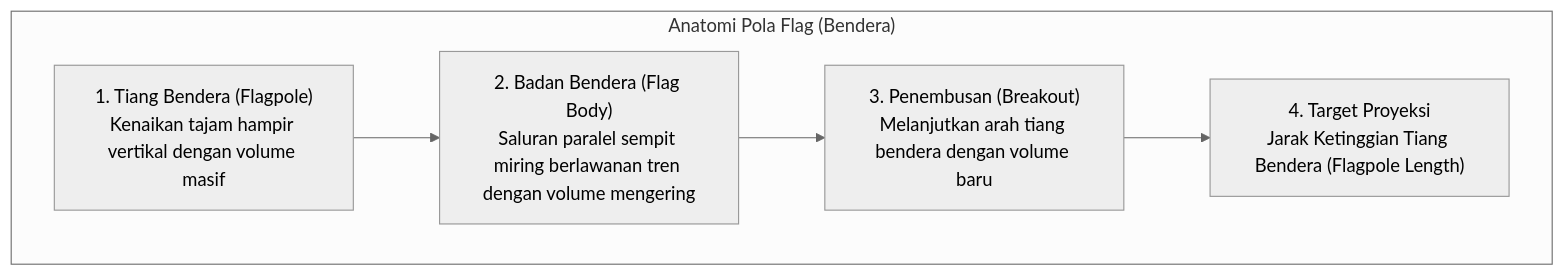
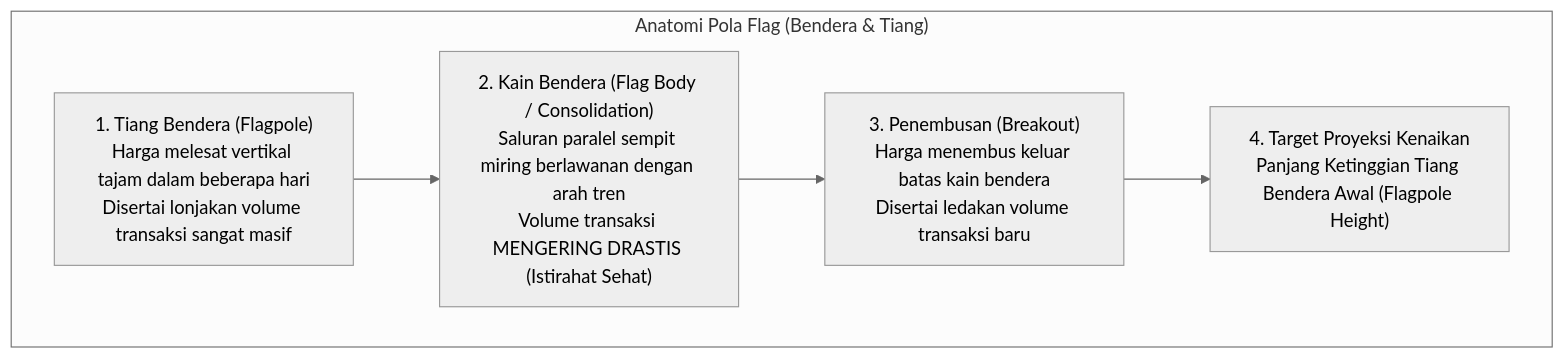
One commit to AlulCode45/Trading-Learning-Path changed the seventh of 9 diagrams in docs/edianto-ong/21-chart-patterns.md. Above: the diagram before and after it, drawn with Mermaid (neutral theme). The commit also changed other lines of this file and 29 other files, not shown here.

Commit message:
docs(edianto-ong): upgrade all 29 chapters with beginner analogies, diagrams, step-by-step guides, and case studies

````diff
--- a/docs/edianto-ong/21-chart-patterns.md
+++ b/docs/edianto-ong/21-chart-patterns.md
@@ -143,8 +190,14 @@
 ```mermaid
 flowchart TD
-    subgraph FlagStructure["Anatomi Pola Flag (Bendera)"]
-        Pole["1. Tiang Bendera (Flagpole)<br/>Kenaikan tajam hampir vertikal dengan volume masif"] --> Body["2. Badan Bendera (Flag Body)<br/>Saluran paralel sempit miring berlawanan tren dengan volume mengering"]
-        Body --> FBreak["3. Penembusan (Breakout)<br/>Melanjutkan arah tiang bendera dengan volume baru"]
-        FBreak --> Target["4. Target Proyeksi<br/>Jarak Ketinggian Tiang Bendera (Flagpole Length)"]
+    subgraph FlagStructure["Anatomi Pola Flag (Bendera & Tiang)"]
+        Pole["1. Tiang Bendera (Flagpole)<br/>Harga melesat vertikal tajam dalam beberapa hari<br/>Disertai lonjakan volume transaksi sangat masif"]
+        
+        Body["2. Kain Bendera (Flag Body / Consolidation)<br/>Saluran paralel sempit miring berlawanan dengan arah tren<br/>Volume transaksi MENGERING DRASTIS (Istirahat Sehat)"]
+        
+        Break["3. Penembusan (Breakout)<br/>Harga menembus keluar batas kain bendera<br/>Disertai ledakan volume transaksi baru"]
+        
+        Target["4. Target Proyeksi Kenaikan<br/>Panjang Ketinggian Tiang Bendera Awal (Flagpole Height)"]
+
+        Pole --> Body --> Break --> Target
     end
 ```
````
